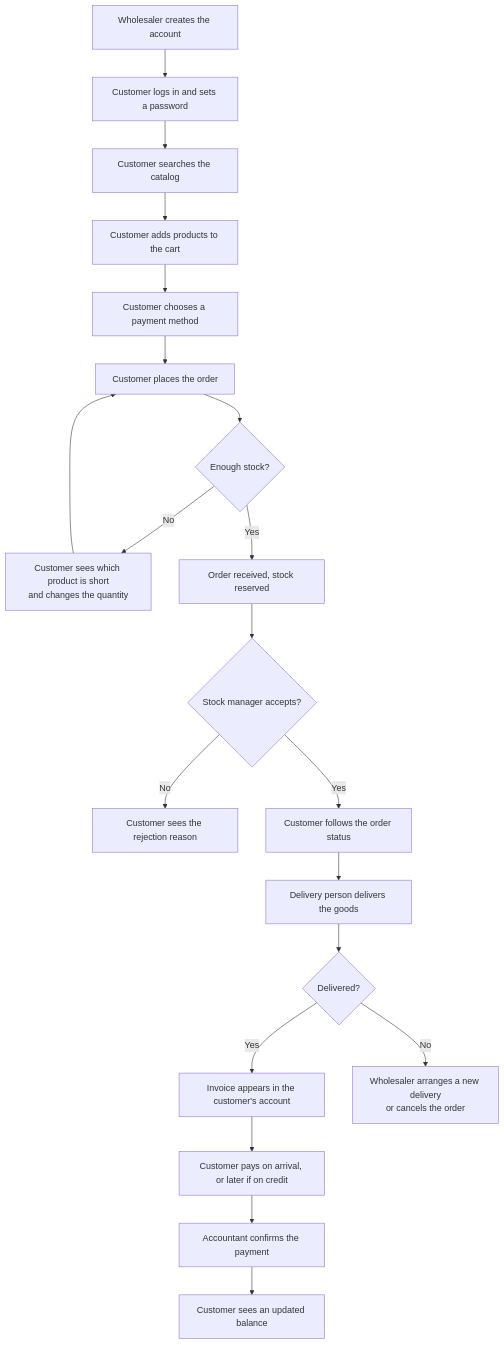
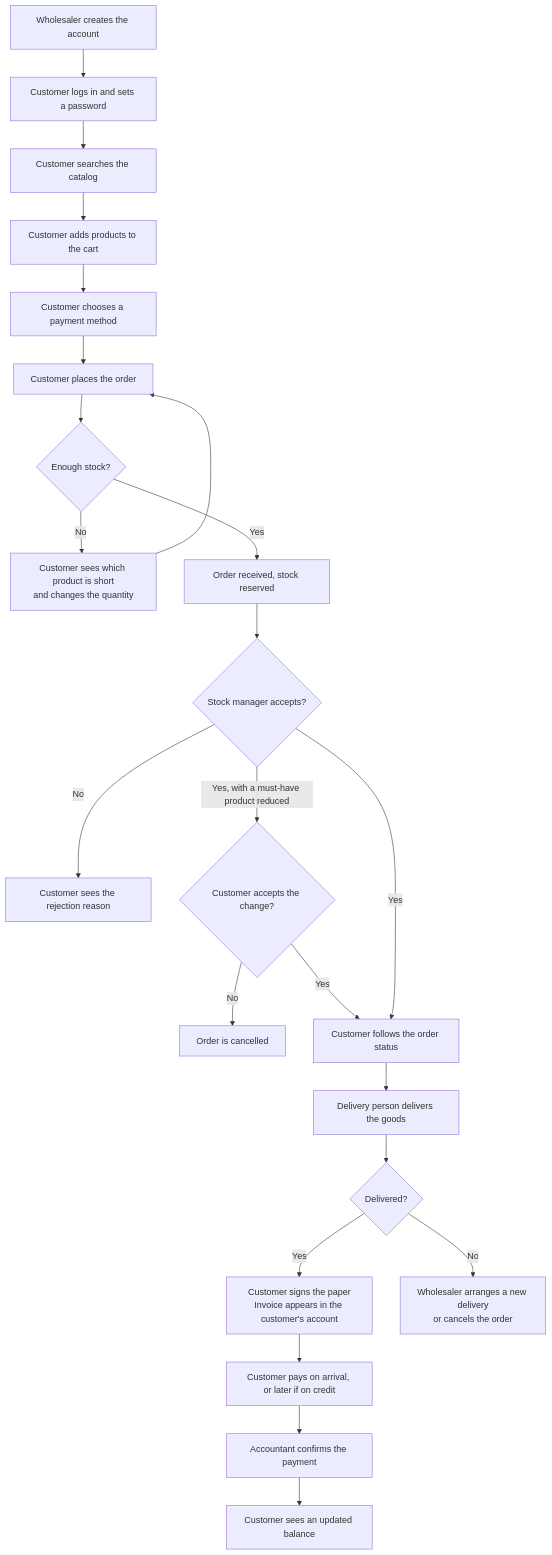
One commit to AhmedElnagarUU/Cosmo changed the second of 2 diagrams in docs/journeys/01-customer-journey.md. Above: the diagram before and after it, drawn with Mermaid. The commit also changed other lines of this file and 28 other files, not shown here.

First line of the commit message:
Confirm open decisions: offers, supplier returns, must-have products, working hours

````diff
--- a/docs/journeys/01-customer-journey.md
+++ b/docs/journeys/01-customer-journey.md
@@ -34,22 +36,25 @@
 ```mermaid
 flowchart TD
     A[Wholesaler creates the account] --> B[Customer logs in and sets a password]
     B --> C[Customer searches the catalog]
     C --> D[Customer adds products to the cart]
     D --> E[Customer chooses a payment method]
     E --> F[Customer places the order]
     F --> G{Enough stock?}
     G -- No --> H[Customer sees which product is short<br/>and changes the quantity]
     H --> F
     G -- Yes --> I[Order received, stock reserved]
     I --> Q{Stock manager accepts?}
     Q -- No --> R[Customer sees the rejection reason]
+    Q -- Yes, with a must-have product reduced --> T{Customer accepts the change?}
+    T -- No --> U[Order is cancelled]
+    T -- Yes --> J
     Q -- Yes --> J[Customer follows the order status]
     J --> K[Delivery person delivers the goods]
     K --> L{Delivered?}
-    L -- Yes --> M[Invoice appears in the customer's account]
+    L -- Yes --> M[Customer signs the paper<br/>Invoice appears in the customer's account]
     L -- No --> N[Wholesaler arranges a new delivery<br/>or cancels the order]
     M --> O[Customer pays on arrival, or later if on credit]
     O --> S[Accountant confirms the payment]
     S --> P[Customer sees an updated balance]
 ```
````
